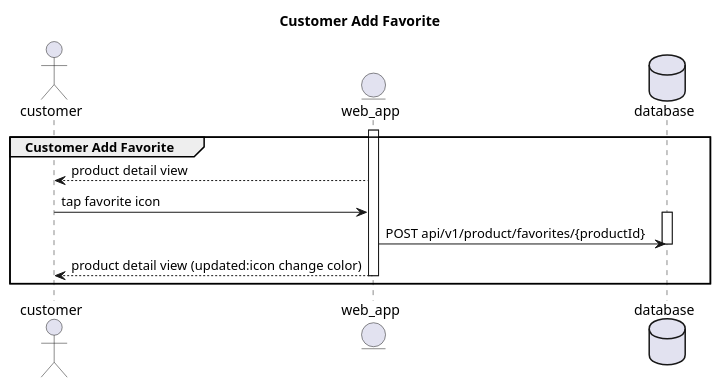
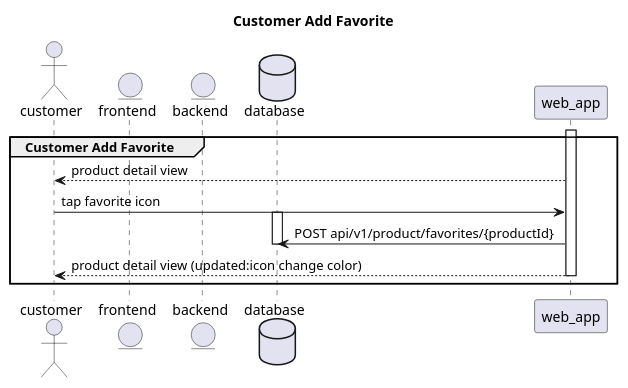
Before and after one commit to VeironVaya/oop_tugasbesar_kelompok1: the diagram in documentation/sequence_diagram/customer_add_favorite_product.md, drawn with PlantUML. The commit also changed 3 other files, not shown here.

Commit message:
api_prdList,api_prdDetail v1 and seqDiagram_favorite v2

````diff
--- a/documentation/sequence_diagram/customer_add_favorite_product.md
+++ b/documentation/sequence_diagram/customer_add_favorite_product.md
@@ -3,20 +3,21 @@
 ```plantuml
 @startuml
 title Customer Add Favorite
 Actor customer
-Entity web_app
+Entity frontend
+Entity backend
 Database database
 
 group Customer Add Favorite
 activate web_app
     web_app --> customer:product detail view
     customer -> web_app:tap favorite icon
     activate database
         web_app -> database:POST api/v1/product/favorites/{productId}
     deactivate database
     web_app --> customer:product detail view (updated:icon change color)
 deactivate web_app
 
 end group
 @enduml
 ```
````
